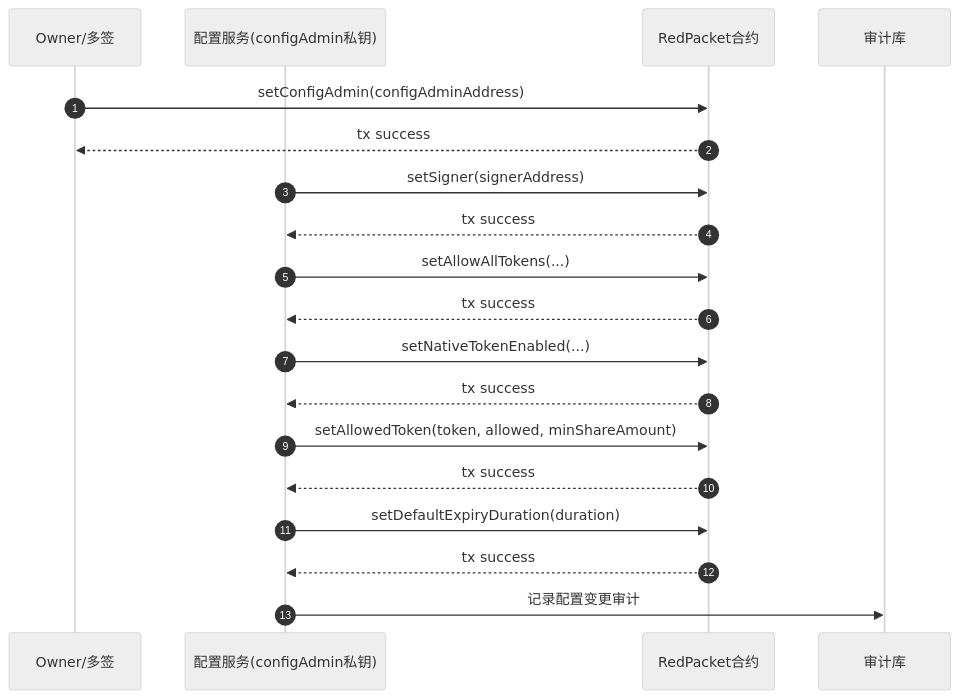
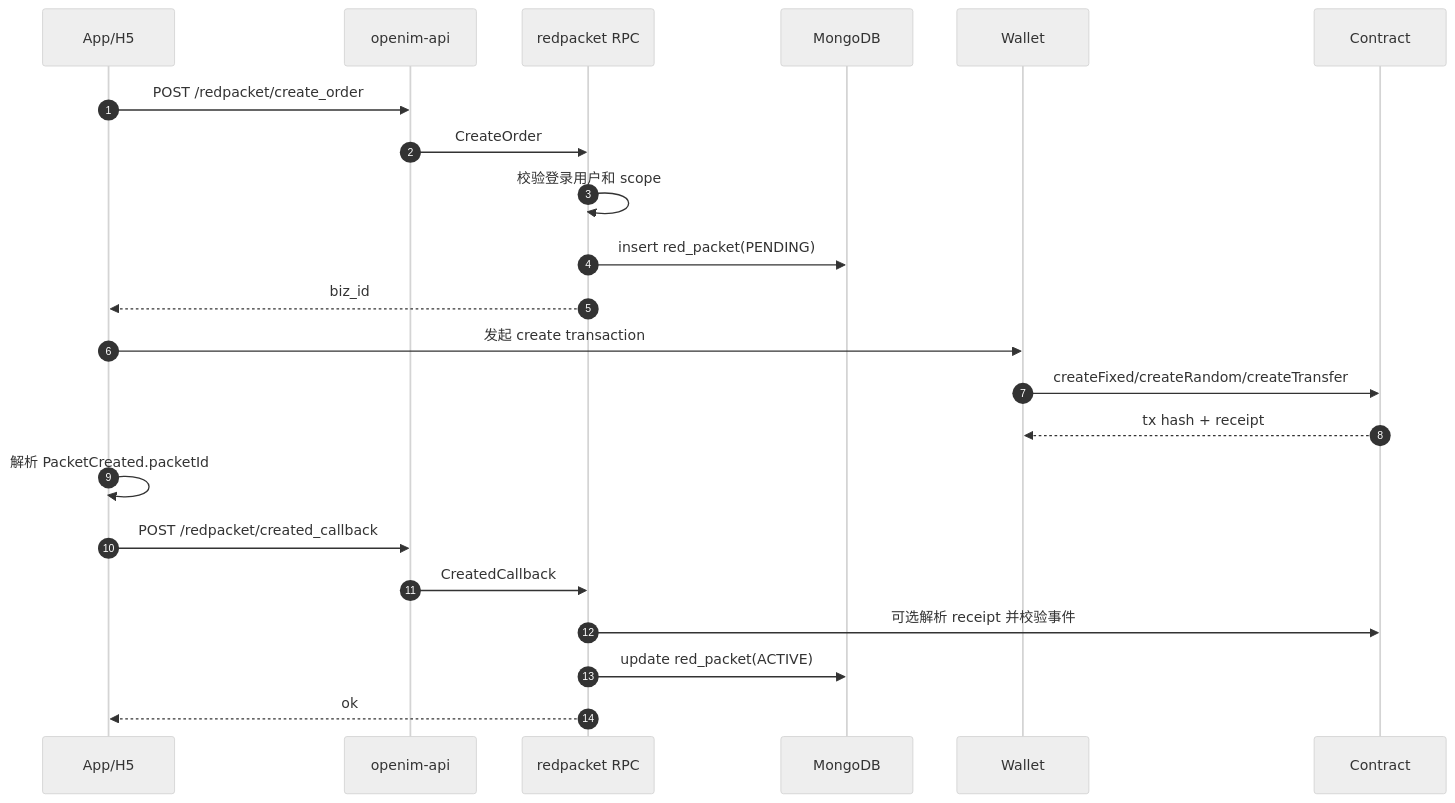
The second of 4 diagrams in cmd/openim-rpc/openim-rpc-redpacket/redpacket-web3-integration-design.md (openimsdk/open-im-server), drawn with Mermaid (neutral theme) before and after one commit. The commit also changed other lines of this file and 4 other files, not shown here.

````diff
--- a/cmd/openim-rpc/openim-rpc-redpacket/redpacket-web3-integration-design.md
+++ b/cmd/openim-rpc/openim-rpc-redpacket/redpacket-web3-integration-design.md
@@ -233,28 +152,25 @@
 ```mermaid
 sequenceDiagram
     autonumber
-    participant Owner as Owner/多签
-    participant ConfigSvc as 配置服务(configAdmin私钥)
-    participant RP as RedPacket合约
-    participant DB as 审计库
+    participant App as App/H5
+    participant API as openim-api
+    participant RPC as redpacket RPC
+    participant DB as MongoDB
+    participant Wallet as Wallet
+    participant C as Contract
 
-    Owner->>RP: setConfigAdmin(configAdminAddress)
-    RP-->>Owner: tx success
-
-    ConfigSvc->>RP: setSigner(signerAddress)
-    RP-->>ConfigSvc: tx success
-
-    ConfigSvc->>RP: setAllowAllTokens(...)
-    RP-->>ConfigSvc: tx success
-
-    ConfigSvc->>RP: setNativeTokenEnabled(...)
-    RP-->>ConfigSvc: tx success
-
-    ConfigSvc->>RP: setAllowedToken(token, allowed, minShareAmount)
-    RP-->>ConfigSvc: tx success
-
-    ConfigSvc->>RP: setDefaultExpiryDuration(duration)
-    RP-->>ConfigSvc: tx success
-
-    ConfigSvc->>DB: 记录配置变更审计
+    App->>API: POST /redpacket/create_order
+    API->>RPC: CreateOrder
+    RPC->>RPC: 校验登录用户和 scope
+    RPC->>DB: insert red_packet(PENDING)
+    RPC-->>App: biz_id
+    App->>Wallet: 发起 create transaction
+    Wallet->>C: createFixed/createRandom/createTransfer
+    C-->>Wallet: tx hash + receipt
+    App->>App: 解析 PacketCreated.packetId
+    App->>API: POST /redpacket/created_callback
+    API->>RPC: CreatedCallback
+    RPC->>C: 可选解析 receipt 并校验事件
+    RPC->>DB: update red_packet(ACTIVE)
+    RPC-->>App: ok
 ```
````
